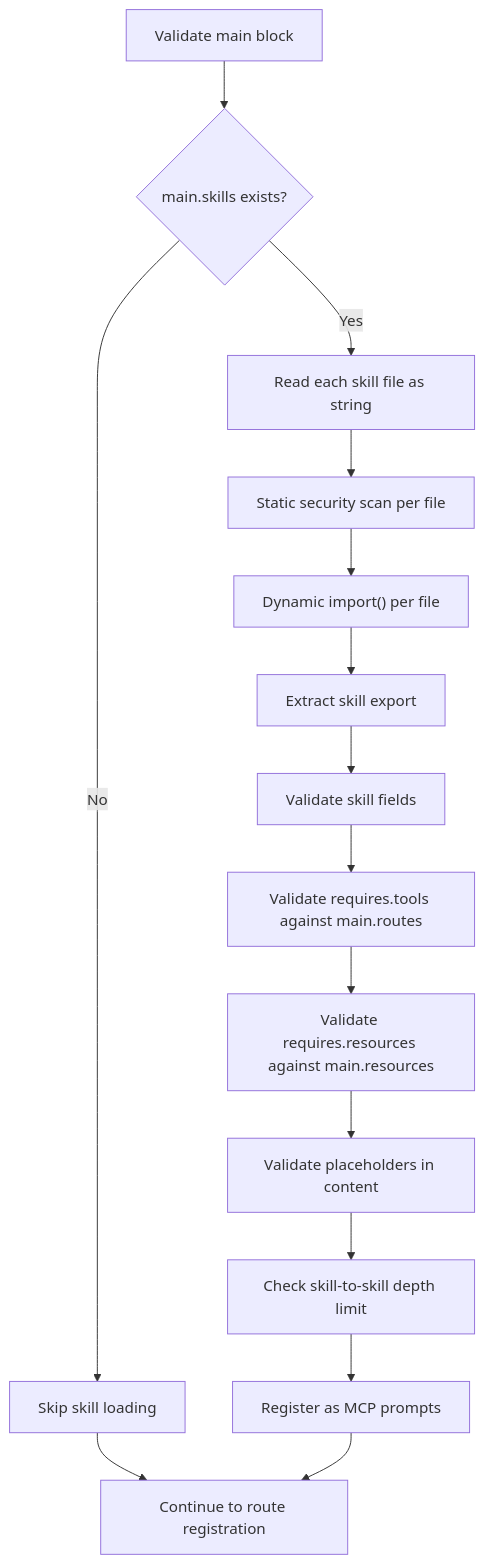
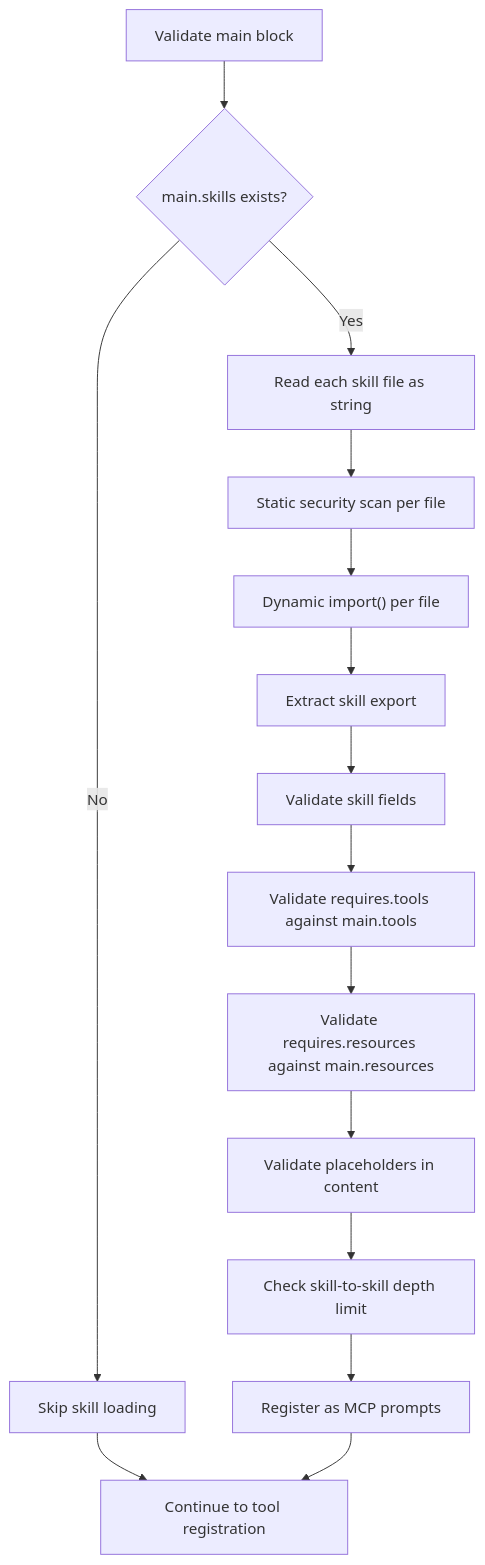
Before and after one commit to FlowMCP/flowmcp-spec: the second of 2 diagrams in spec/v3.0.0/14-skills.md, drawn with Mermaid. The commit also changed other lines of this file and 9 other files, not shown here.

````diff
--- a/spec/v3.0.0/14-skills.md
+++ b/spec/v3.0.0/14-skills.md
@@ -646,17 +646,17 @@
 ```mermaid
 flowchart TD
     A[Validate main block] --> B{main.skills exists?}
     B -->|No| C[Skip skill loading]
     B -->|Yes| D[Read each skill file as string]
     D --> E[Static security scan per file]
     E --> F["Dynamic import() per file"]
     F --> G[Extract skill export]
     G --> H[Validate skill fields]
-    H --> I[Validate requires.tools against main.routes]
+    H --> I[Validate requires.tools against main.tools]
     I --> J[Validate requires.resources against main.resources]
     J --> K[Validate placeholders in content]
     K --> L[Check skill-to-skill depth limit]
     L --> M[Register as MCP prompts]
-    C --> N[Continue to route registration]
+    C --> N[Continue to tool registration]
     M --> N
 ```
````
